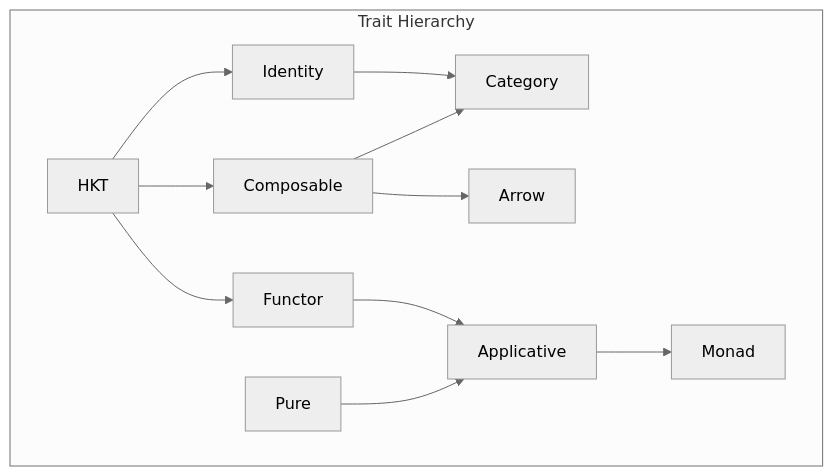
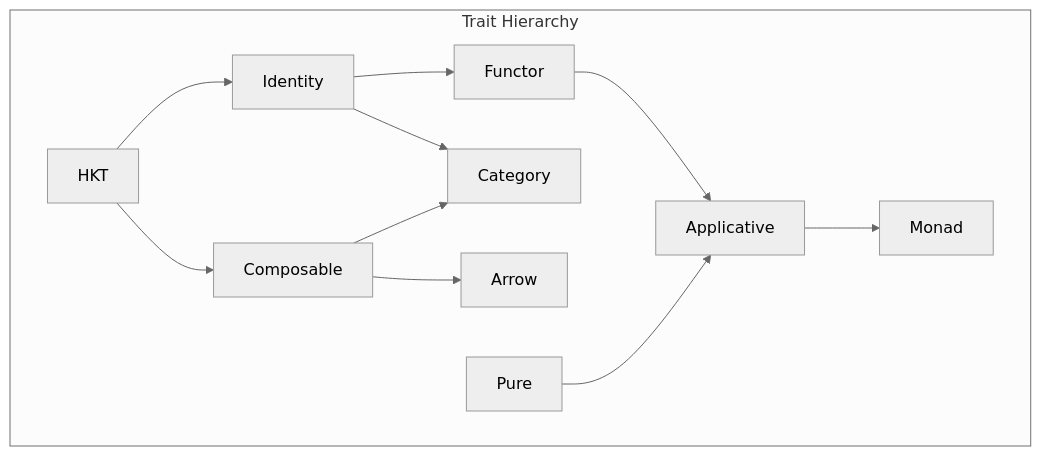
Before and after one commit to but212/rustica: the first of 7 diagrams in docs/category_theory.md, drawn with Mermaid (neutral theme). The commit also changed 1 other file, not shown here.

Commit message:
refactor: Remove Composable inheritance from Functor
Functor should not inherit from Composable as it violates category theory principles:
1. Functor maps between categories while preserving morphism composition
2. This is different from being composable itself
3. fmap(f ∘ g) = fmap(f) ∘ fmap(g) is about preserving composition, not being composable
4. Remove default implementation of fmap using compose_with
5. Update trait hierarchy diagram to show correct relationship

````diff
--- a/docs/category_theory.md
+++ b/docs/category_theory.md
@@ -20,14 +20,14 @@
 ```mermaid
 flowchart TB
     subgraph "Trait Hierarchy"
         HKT["HKT"] --> Identity["Identity"]
         HKT --> Composable["Composable"]
-        HKT --> Functor["Functor"]
+        Identity --> Functor["Functor"]
         Identity --> Category["Category"]
         Composable --> Category
         Composable --> Arrow["Arrow"]
         Functor --> Applicative["Applicative"]
         Pure["Pure"] --> Applicative
         Applicative --> Monad["Monad"]
     end
 ```
````
